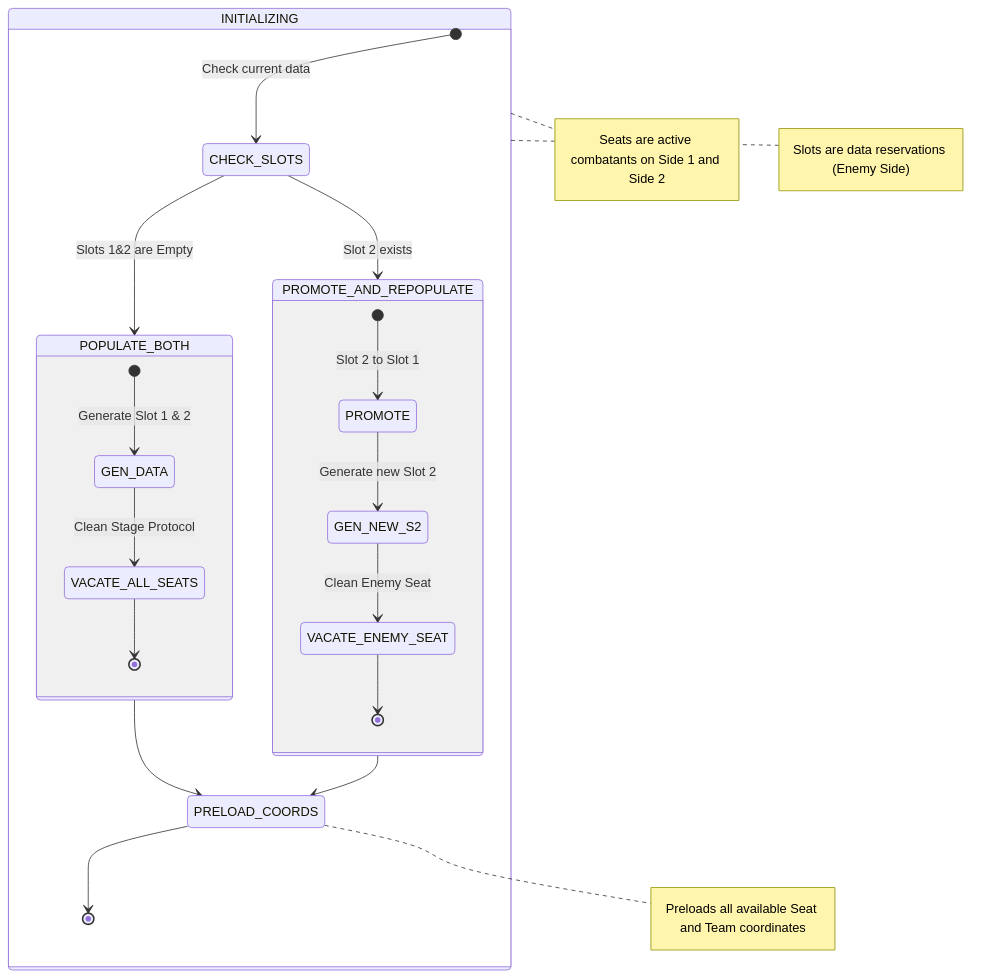
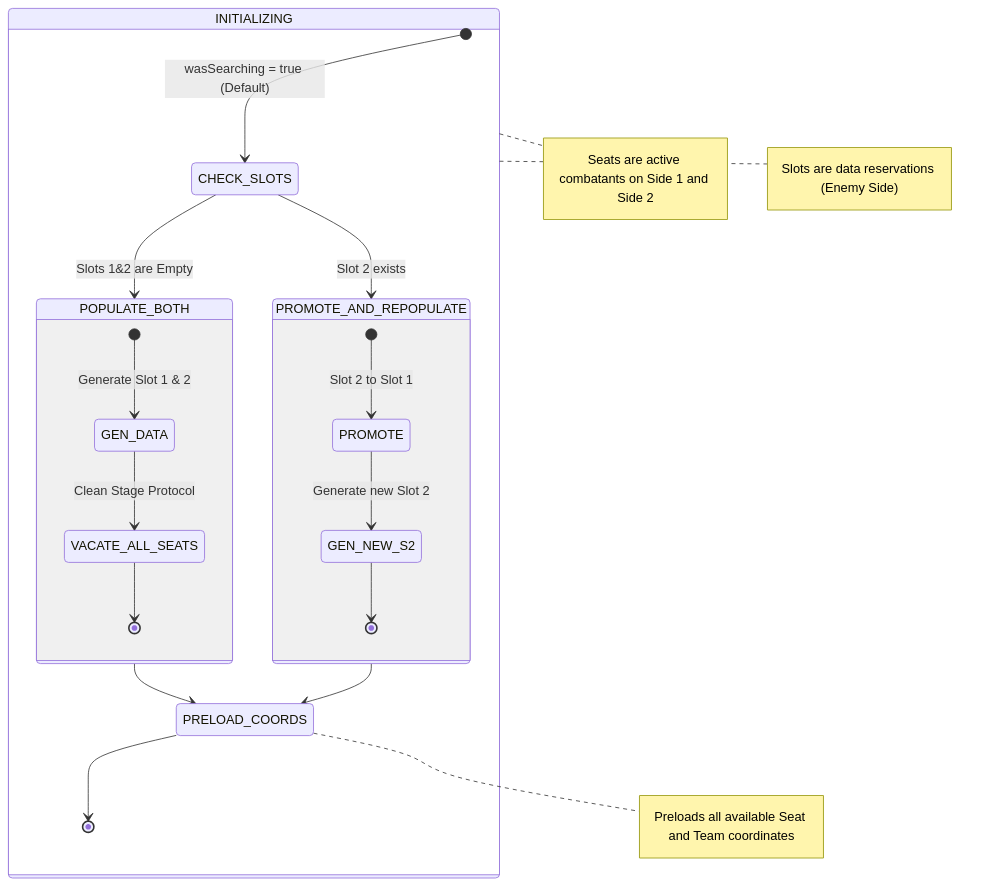
The third of 18 diagrams in .agents/skills/project-standards/references/battle/battle_mechanics_manual.md (Darkham77/PokeBorrador), drawn with Mermaid before and after one commit. The commit also changed other lines of this file and 30 other files, not shown here.

````diff
--- a/.agents/skills/project-standards/references/battle/battle_mechanics_manual.md
+++ b/.agents/skills/project-standards/references/battle/battle_mechanics_manual.md
@@ -421,32 +414,31 @@
 ```mermaid
 stateDiagram-v2
     state INITIALIZING {
-        [*] --> CHECK_SLOTS : Check current data
+        [*] --> CHECK_SLOTS : wasSearching = true (Default)
         
         state CHECK_SLOTS <<choice>>
         CHECK_SLOTS --> POPULATE_BOTH : Slots 1&2 are Empty
         CHECK_SLOTS --> PROMOTE_AND_REPOPULATE : Slot 2 exists
         
         state POPULATE_BOTH {
             [*] --> GEN_DATA : Generate Slot 1 & 2
             GEN_DATA --> VACATE_ALL_SEATS : Clean Stage Protocol
             VACATE_ALL_SEATS --> [*]
         }
         
         state PROMOTE_AND_REPOPULATE {
             [*] --> PROMOTE : Slot 2 to Slot 1
             PROMOTE --> GEN_NEW_S2 : Generate new Slot 2
-            GEN_NEW_S2 --> VACATE_ENEMY_SEAT : Clean Enemy Seat
-            VACATE_ENEMY_SEAT --> [*]
+            GEN_NEW_S2 --> [*]
         }
         
         POPULATE_BOTH --> PRELOAD_COORDS
         PROMOTE_AND_REPOPULATE --> PRELOAD_COORDS
         
         PRELOAD_COORDS --> [*]
     }
     
     note right of INITIALIZING: Seats are active combatants on Side 1 and Side 2
     note right of INITIALIZING: Slots are data reservations (Enemy Side)
     note right of PRELOAD_COORDS: Preloads all available Seat and Team coordinates
 ```
````
